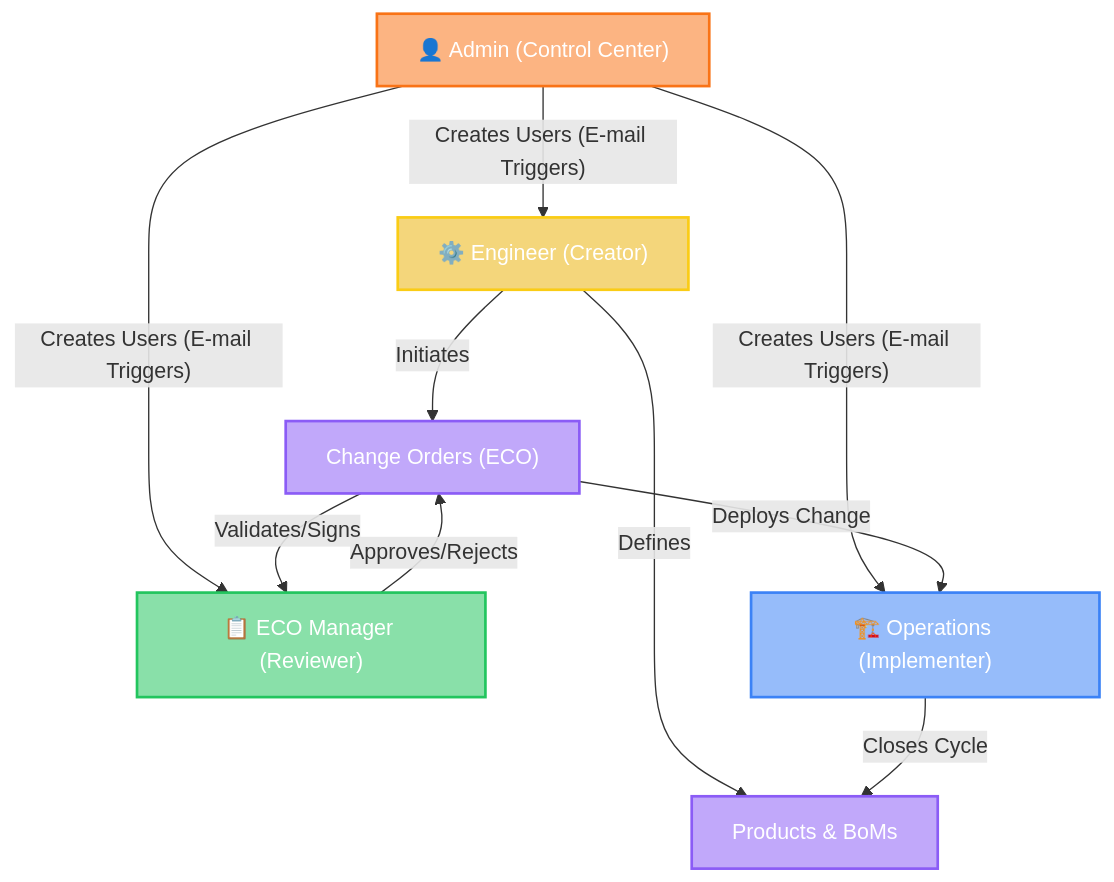
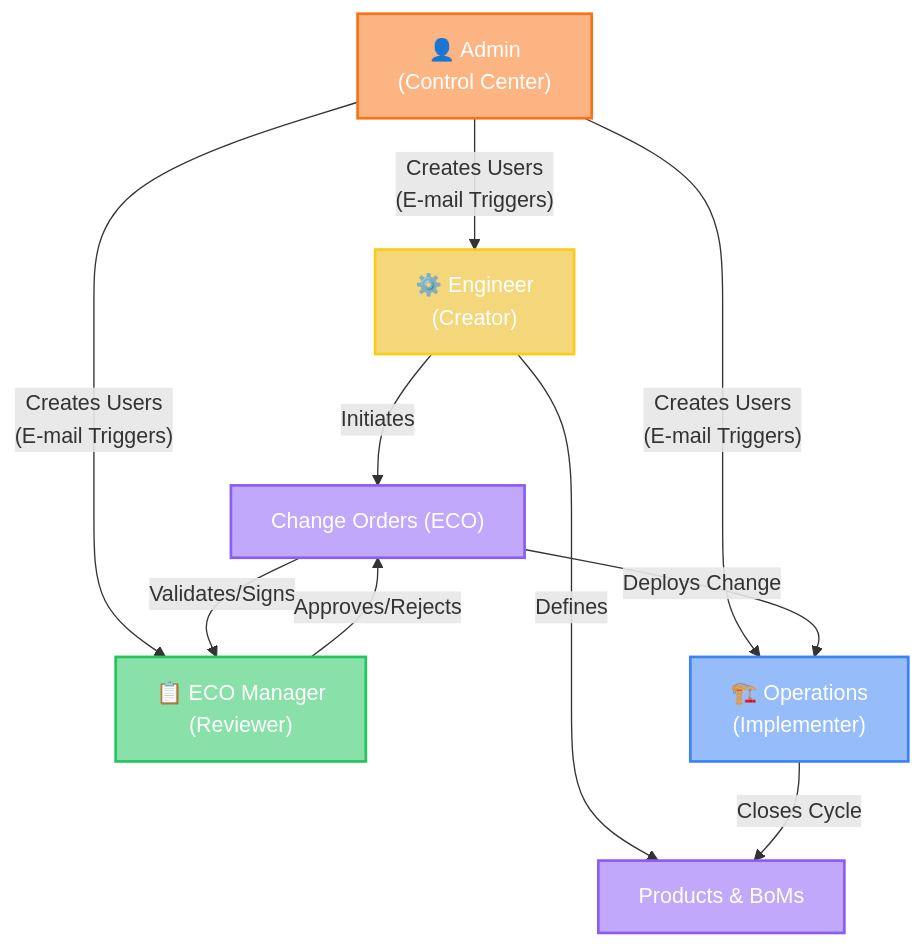
Before and after one commit to PARTH-JADAV20/ECOSetu: the first of 4 diagrams in README.md, drawn with Mermaid. The commit also changed other lines of this file, not shown here.

Commit message:
docs: Improve readability of mermaid diagrams in README.md by adding newlines and bullet points to labels.

````diff
--- a/README.md
+++ b/README.md
@@ -34,32 +34,32 @@
 ```mermaid
 graph TD
-    Admin["👤 Admin (Control Center)"]
-    Engineer["⚙️ Engineer (Creator)"]
-    Manager["📋 ECO Manager (Reviewer)"]
-    Ops["🏗️ Operations (Implementer)"]
+    Admin["👤 Admin<br/>(Control Center)"]
+    Engineer["⚙️ Engineer<br/>(Creator)"]
+    Manager["📋 ECO Manager<br/>(Reviewer)"]
+    Ops["🏗️ Operations<br/>(Implementer)"]
 
-    Admin -->|"Creates Users (E-mail Triggers)"| Engineer
-    Admin -->|"Creates Users (E-mail Triggers)"| Manager
-    Admin -->|"Creates Users (E-mail Triggers)"| Ops
+    Admin -->|"Creates Users<br/>(E-mail Triggers)"| Engineer
+    Admin -->|"Creates Users<br/>(E-mail Triggers)"| Manager
+    Admin -->|"Creates Users<br/>(E-mail Triggers)"| Ops
     
     Engineer -->|"Defines"| Product["Products & BoMs"]
     Engineer -->|"Initiates"| ECO["Change Orders (ECO)"]
     
     ECO -->|"Validates/Signs"| Manager
     Manager -->|"Approves/Rejects"| ECO
     
     ECO -->|"Deploys Change"| Ops
     Ops -->|"Closes Cycle"| Product
 
     classDef admin fill:#f9731688,stroke:#f97316,stroke-width:2px,color:#fff;
     classDef engineer fill:#eab30888,stroke:#facc15,stroke-width:2px,color:#fff;
     classDef manager fill:#22c55e88,stroke:#22c55e,stroke-width:2px,color:#fff;
     classDef ops fill:#3b82f688,stroke:#3b82f6,stroke-width:2px,color:#fff;
     classDef target fill:#8b5cf688,stroke:#8b5cf6,stroke-width:2px,color:#fff;
 
     class Admin admin;
     class Engineer engineer;
     class Manager manager;
     class Ops ops;
     class Product,ECO target;
 ```
````
